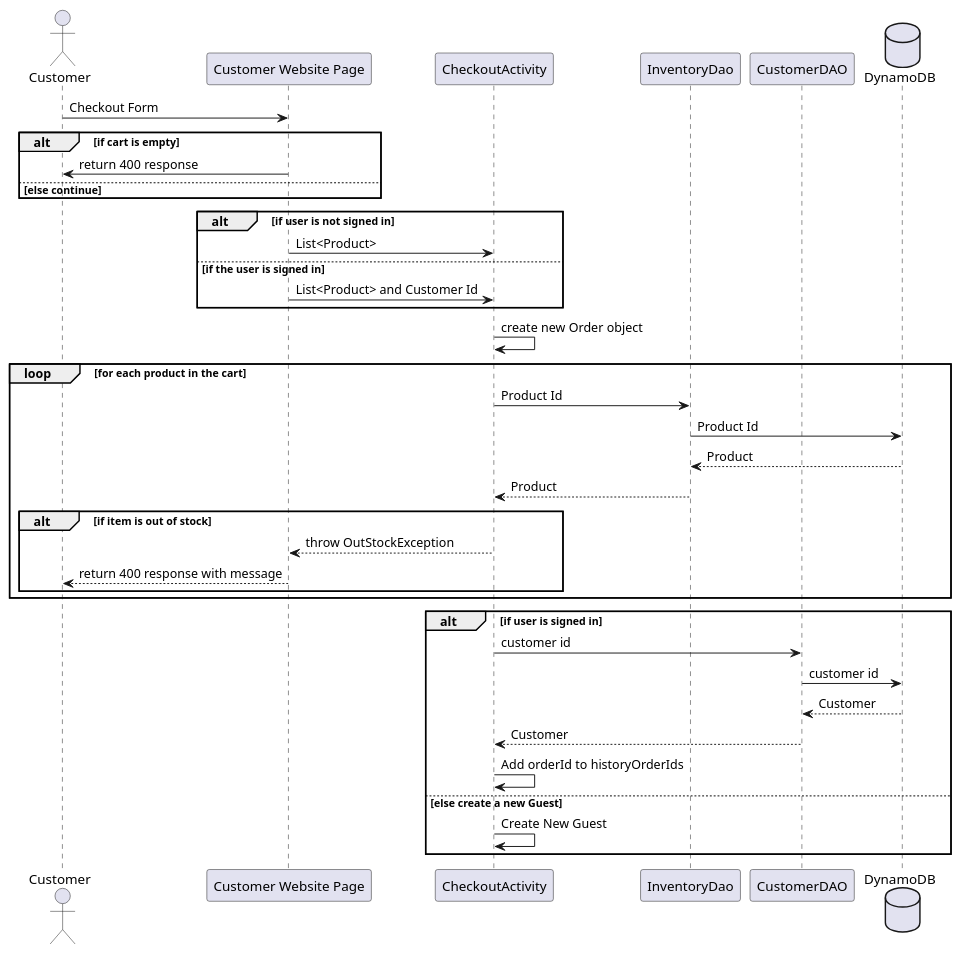
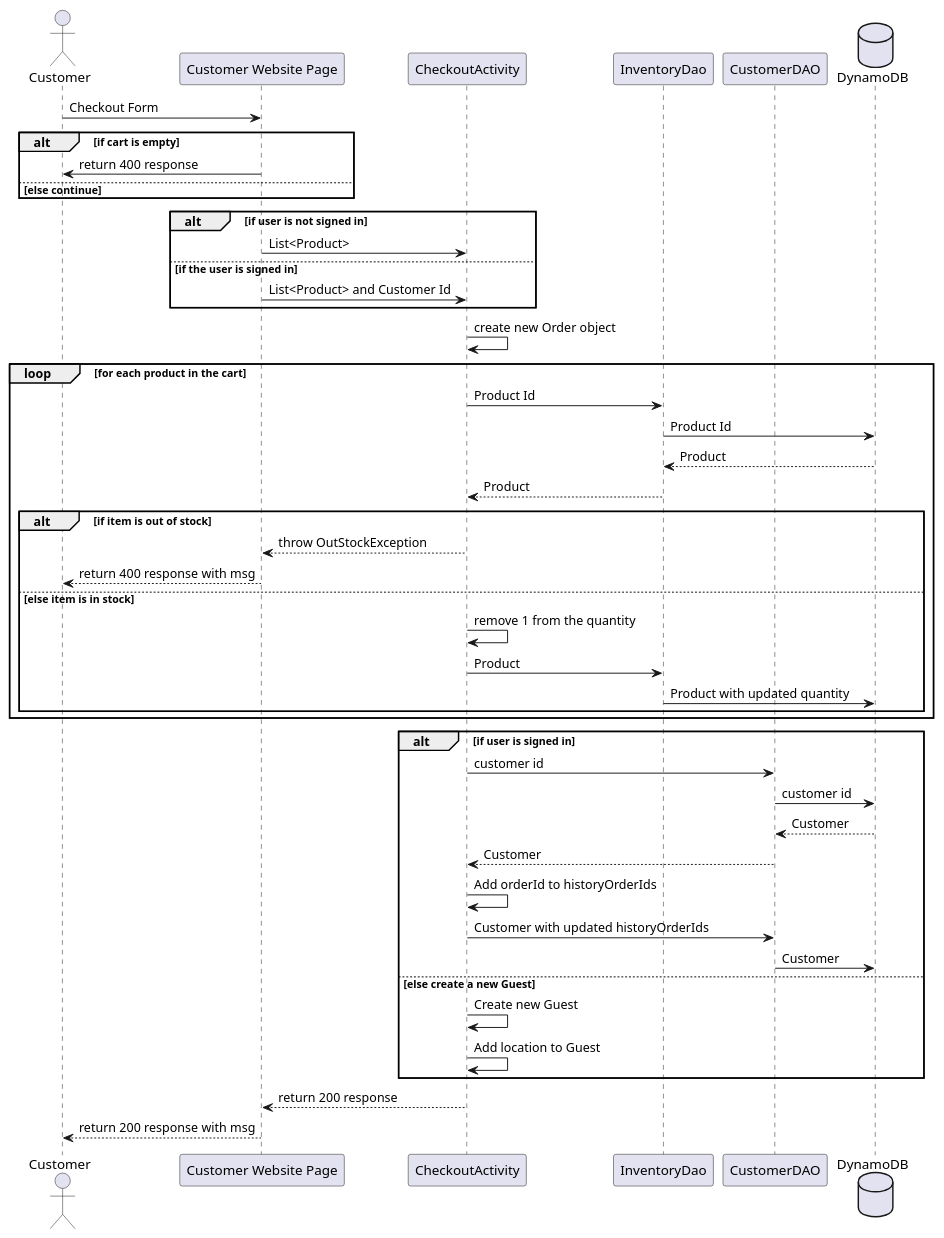
The diagram in project_documents/Design/Sequence Diagrams/CheckoutRequest.puml (sylviamohos/CoolWithCouleBackend), drawn with PlantUML before and after one commit.

Commit message:
Finished CheckoutRequest.puml

```diff
--- a/project_documents/Design/Sequence Diagrams/CheckoutRequest.puml
+++ b/project_documents/Design/Sequence Diagrams/CheckoutRequest.puml
@@ -1,46 +1,51 @@
 @startuml
 'https://plantuml.com/sequence-diagram
 
 actor "Customer" as client
 participant "Customer Website Page" as apiGateway
 participant "CheckoutActivity" as checkoutActivity
 participant "InventoryDao" as inventoryDao
 participant "CustomerDAO" as customerDao
 database "DynamoDB" as dynamoDB
 
 client -> apiGateway : Checkout Form
 alt if cart is empty
 apiGateway -> client : return 400 response
 else else continue
 end
 alt if user is not signed in
 apiGateway -> checkoutActivity : List<Product>
 else if the user is signed in
 apiGateway -> checkoutActivity : List<Product> and Customer Id
 end
 checkoutActivity -> checkoutActivity : create new Order object
 loop for each product in the cart
 checkoutActivity -> inventoryDao : Product Id
 inventoryDao -> dynamoDB : Product Id
 dynamoDB --> inventoryDao : Product
 inventoryDao --> checkoutActivity : Product
 alt if item is out of stock
 checkoutActivity --> apiGateway : throw OutStockException
-apiGateway --> client : return 400 response with message
+apiGateway --> client : return 400 response with msg
+else else item is in stock
+checkoutActivity -> checkoutActivity : remove 1 from the quantity
+checkoutActivity -> inventoryDao : Product
+inventoryDao -> dynamoDB : Product with updated quantity
 end
 end
-
 alt if user is signed in
 checkoutActivity -> customerDao : customer id
 customerDao -> dynamoDB : customer id
 dynamoDB --> customerDao : Customer
 customerDao --> checkoutActivity : Customer
 checkoutActivity -> checkoutActivity : Add orderId to historyOrderIds
+checkoutActivity -> customerDao : Customer with updated historyOrderIds
+customerDao -> dynamoDB : Customer
 else else create a new Guest
-checkoutActivity -> checkoutActivity : Create New Guest
+checkoutActivity -> checkoutActivity : Create new Guest
+checkoutActivity -> checkoutActivity : Add location to Guest
 end
-'TODO - Finish this diagram
-'TODO - Implement a way to -1 from each product quantity and update the dynamoDB
-'TODO - Implement a way to check out whether you are a signed in or not
-'TODO - discuss if checking out right now just adds the order to customer's the order history and reduces the quantity from a product
+checkoutActivity --> apiGateway : return 200 response
+apiGateway --> client : return 200 response with msg
+
 @enduml
```
